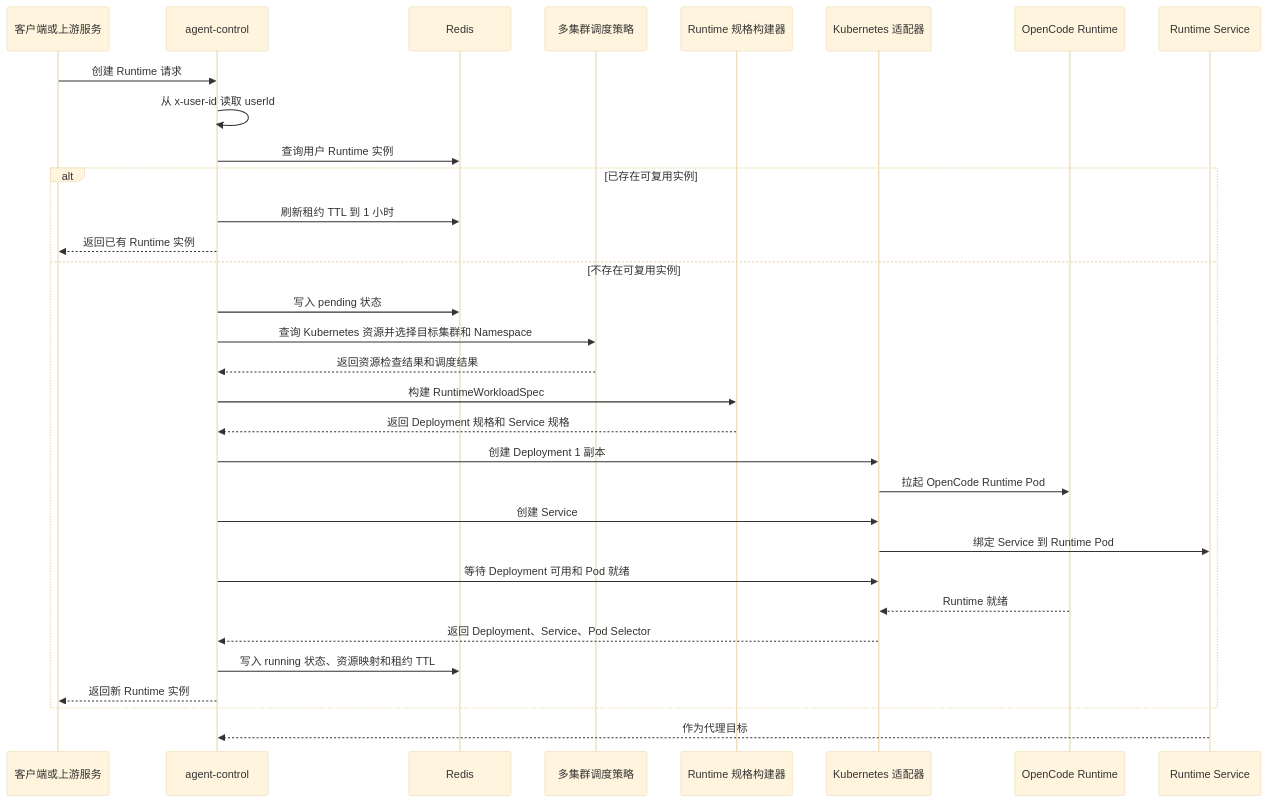
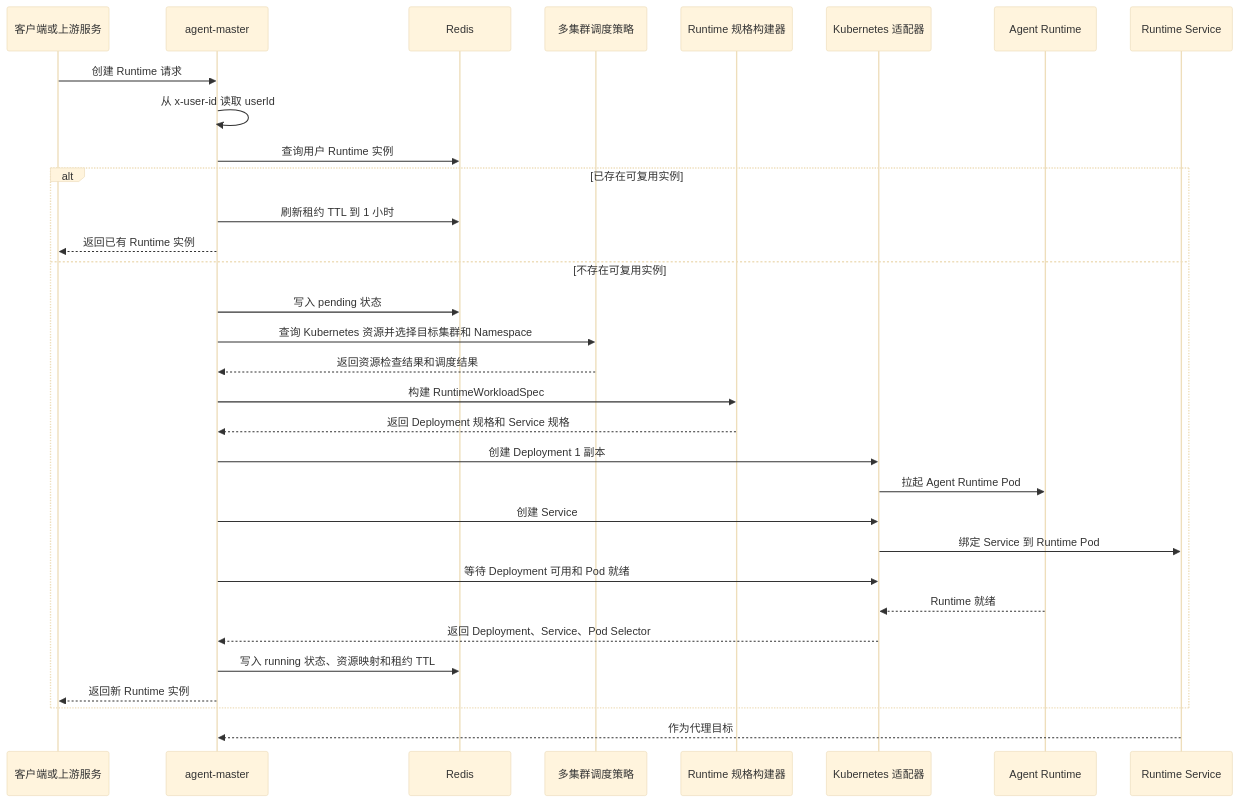
The second of 7 diagrams in README.md (ArchAIHarness/agent-master), drawn with Mermaid (base theme) before and after one commit. The commit also changed other lines of this file and 27 other files, not shown here.

````diff
--- a/README.md
+++ b/README.md
@@ -110,35 +110,35 @@
 ```mermaid
 sequenceDiagram
     participant C as 客户端或上游服务
-    participant A as agent-control
+    participant A as agent-master
     participant R as Redis
     participant P as 多集群调度策略
     participant B as Runtime 规格构建器
     participant K as Kubernetes 适配器
-    participant W as OpenCode Runtime
+    participant W as Agent Runtime
     participant S as Runtime Service
 
     C->>A: 创建 Runtime 请求
     A->>A: 从 x-user-id 读取 userId
     A->>R: 查询用户 Runtime 实例
     alt 已存在可复用实例
         A->>R: 刷新租约 TTL 到 1 小时
         A-->>C: 返回已有 Runtime 实例
     else 不存在可复用实例
         A->>R: 写入 pending 状态
         A->>P: 查询 Kubernetes 资源并选择目标集群和 Namespace
         P-->>A: 返回资源检查结果和调度结果
         A->>B: 构建 RuntimeWorkloadSpec
         B-->>A: 返回 Deployment 规格和 Service 规格
         A->>K: 创建 Deployment 1 副本
-        K->>W: 拉起 OpenCode Runtime Pod
+        K->>W: 拉起 Agent Runtime Pod
         A->>K: 创建 Service
         K->>S: 绑定 Service 到 Runtime Pod
         A->>K: 等待 Deployment 可用和 Pod 就绪
         W-->>K: Runtime 就绪
         K-->>A: 返回 Deployment、Service、Pod Selector
         A->>R: 写入 running 状态、资源映射和租约 TTL
         A-->>C: 返回新 Runtime 实例
     end
     S-->>A: 作为代理目标
 ```
````
